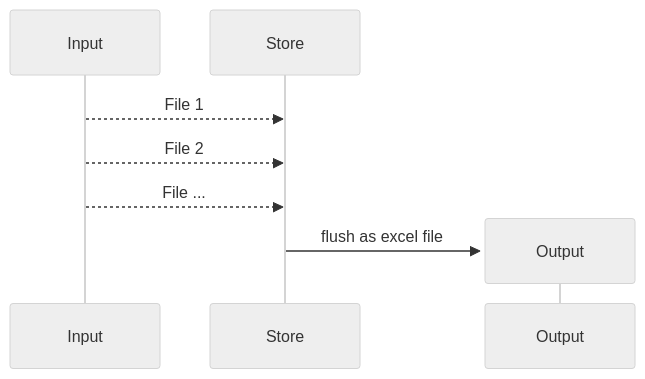
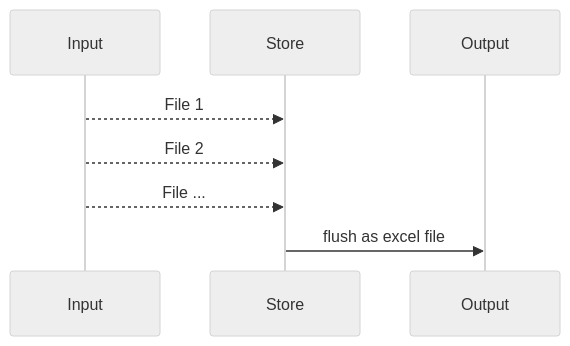
One commit to drtingtp/oralcancer-data-cleaning changed the second of 2 diagrams in docs/architecture.md. Above: the diagram before and after it, drawn with Mermaid (neutral theme). The commit also changed other lines of this file, not shown here.

Commit message:
Update architecture docs - Remove `create` and `destroy` clauses for compatibility with github

````diff
--- a/docs/architecture.md
+++ b/docs/architecture.md
@@ -26,12 +24,12 @@
 ```mermaid
 sequenceDiagram
     participant Input
     participant Store
 
     Input -->> Store: File 1
     Input -->> Store: File 2
     Input -->> Store: File ...
 
-    create participant Output
+    participant Output
     Store ->> Output: flush as excel file
 ```
````
